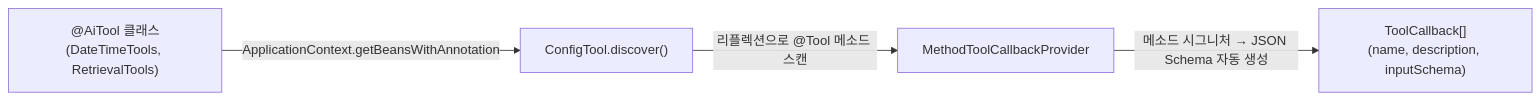
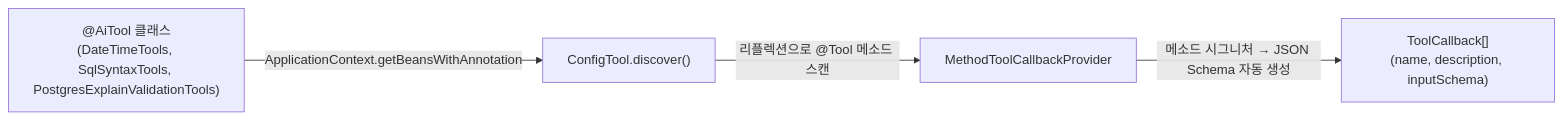
Before and after one commit to YongSoekChoeng/dstone: the tenth of 16 diagrams in docs/09.dstone-ai-engine.md, drawn with Mermaid. The commit also changed other lines of this file and 12 other files, not shown here.

````diff
--- a/docs/09.dstone-ai-engine.md
+++ b/docs/09.dstone-ai-engine.md
@@ -381,6 +423,6 @@
 ```mermaid
 flowchart LR
-    A["@AiTool 클래스<br/>(DateTimeTools, RetrievalTools)"] -->|ApplicationContext.getBeansWithAnnotation| B["ConfigTool.discover()"]
+    A["@AiTool 클래스<br/>(DateTimeTools, SqlSyntaxTools, PostgresExplainValidationTools)"] -->|ApplicationContext.getBeansWithAnnotation| B["ConfigTool.discover()"]
     B -->|리플렉션으로 @Tool 메소드 스캔| C["MethodToolCallbackProvider"]
     C -->|메소드 시그니처 → JSON Schema 자동 생성| D["ToolCallback[]<br/>(name, description, inputSchema)"]
 ```
````
